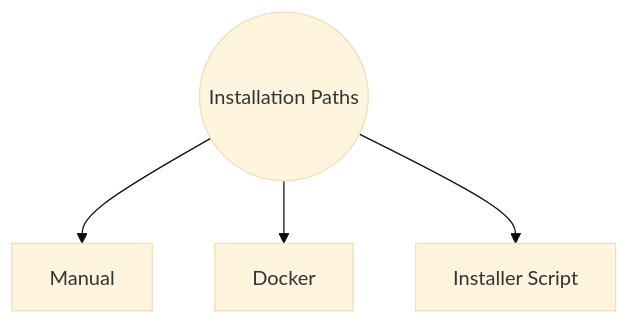
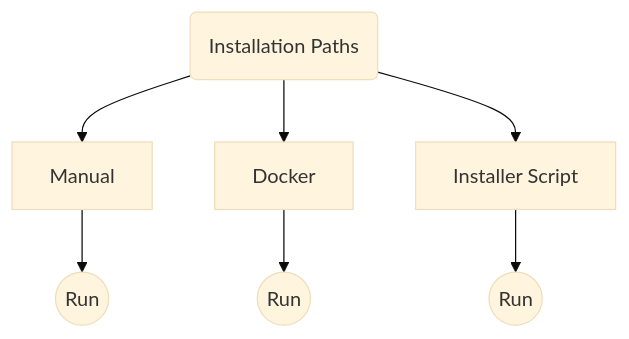
Before and after one commit to michimussato/OpenStudioLandscapes: the diagram in wiki/installation/overview.md, drawn with Mermaid (base theme). The commit also changed other lines of this file, not shown here.

Commit message:
refactor

````diff
--- a/wiki/installation/overview.md
+++ b/wiki/installation/overview.md
@@ -6,11 +11,23 @@
 ```mermaid
 graph TB
-    installation_paths((Installation Paths))
+    installation_paths(Installation Paths)
     manual[Manual]
-    click manual href "/basic_installation.md"
+    click manual href "https://github.com/michimussato/OpenStudioLandscapes/blob/main/wiki/installation/basic_installation.md#basic-installation"
     docker[Docker]
+    click docker href "https://github.com/michimussato/OpenStudioLandscapes/blob/main/wiki/installation/basic_installation_from_script.md"
     installer_script[Installer Script]
+    click docker href "https://github.com/michimussato/OpenStudioLandscapes/blob/main/wiki/installation/basic_installation_from_script.md"
     installation_paths --> manual
     installation_paths --> docker
     installation_paths --> installer_script
+    
+    run_manual((Run))
+    %% click run_docker href ""
+    run_docker((Run))
+    click run_docker href "https://github.com/michimussato/OpenStudioLandscapes/blob/main/wiki/run_openstudiolandscapes/from_docker_image.md"
+    run_installer((Run))
+    %% click run_docker href ""
+    manual --> run_manual
+    docker --> run_docker
+    installer_script --> run_installer
 ```
````
